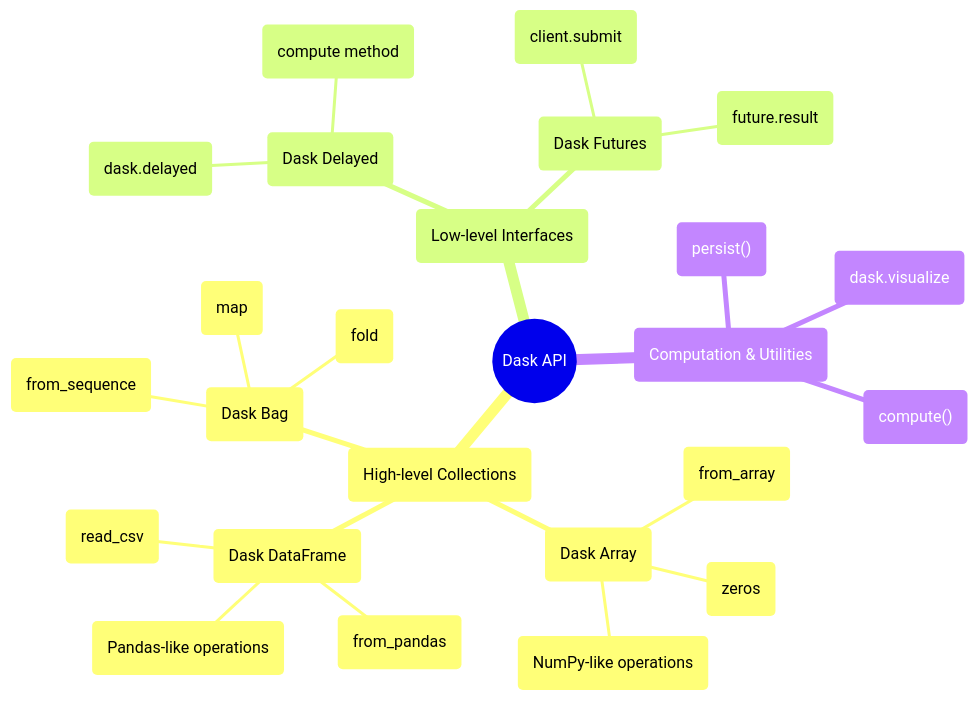
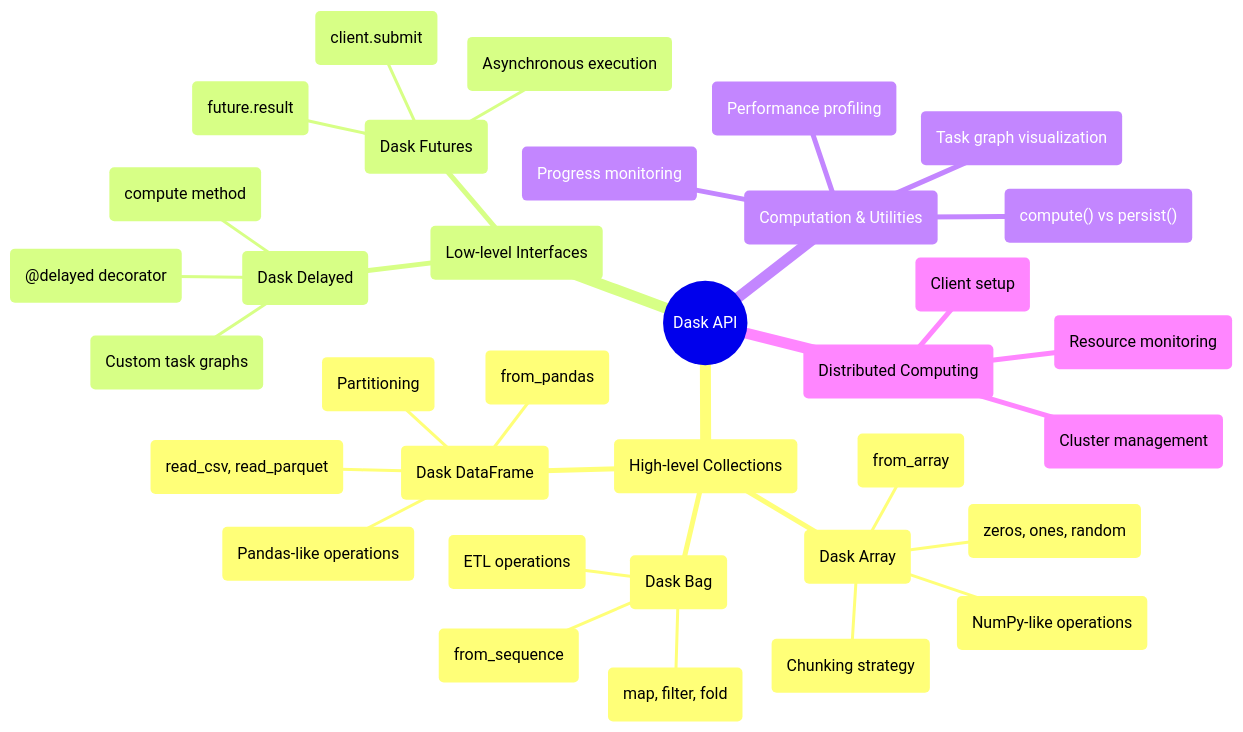
The third of 3 diagrams in docs/data-processing/en/dask_evolution_document.md (tt33415366/python_data_process_lib_intro), drawn with Mermaid before and after one commit. The commit also changed other lines of this file and 1 other file, not shown here.

````diff
--- a/docs/data-processing/en/dask_evolution_document.md
+++ b/docs/data-processing/en/dask_evolution_document.md
@@ -104,28 +609,37 @@
 ```mermaid
 mindmap
   root((Dask API))
     (High-level Collections)
       (Dask Array)
         (from_array)
-        (zeros)
+        (zeros, ones, random)
         (NumPy-like operations)
+        (Chunking strategy)
       (Dask DataFrame)
-        (read_csv)
+        (read_csv, read_parquet)
         (from_pandas)
         (Pandas-like operations)
+        (Partitioning)
       (Dask Bag)
         (from_sequence)
-        (map)
-        (fold)
+        (map, filter, fold)
+        (ETL operations)
     (Low-level Interfaces)
       (Dask Delayed)
-        (dask.delayed)
+        (@delayed decorator)
         (compute method)
+        (Custom task graphs)
       (Dask Futures)
         (client.submit)
         (future.result)
+        (Asynchronous execution)
     (Computation & Utilities)
-      ("compute()")
-      ("persist()")
-      (dask.visualize)
+      ("compute() vs persist()")
+      ("Task graph visualization")
+      ("Progress monitoring")
+      ("Performance profiling")
+    (Distributed Computing)
+      (Client setup)
+      (Cluster management)
+      (Resource monitoring)
 ```
````
